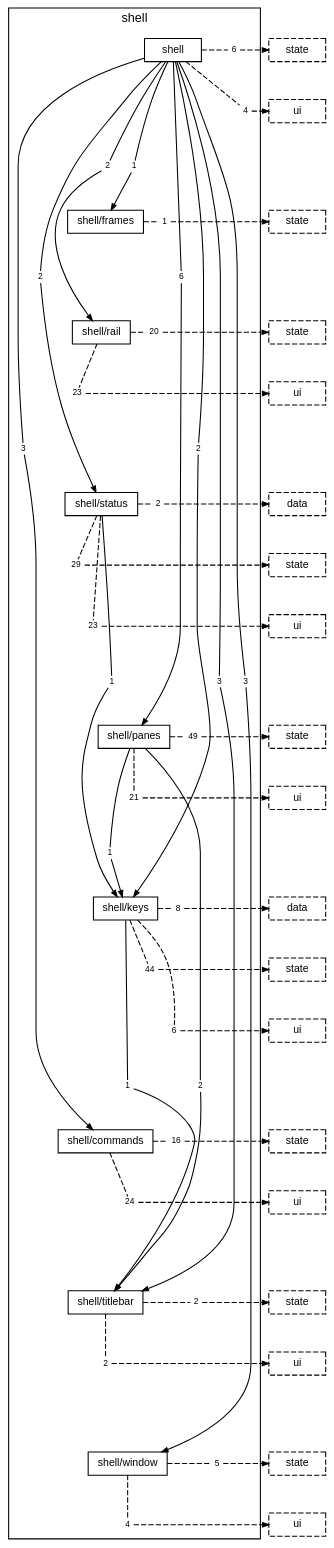
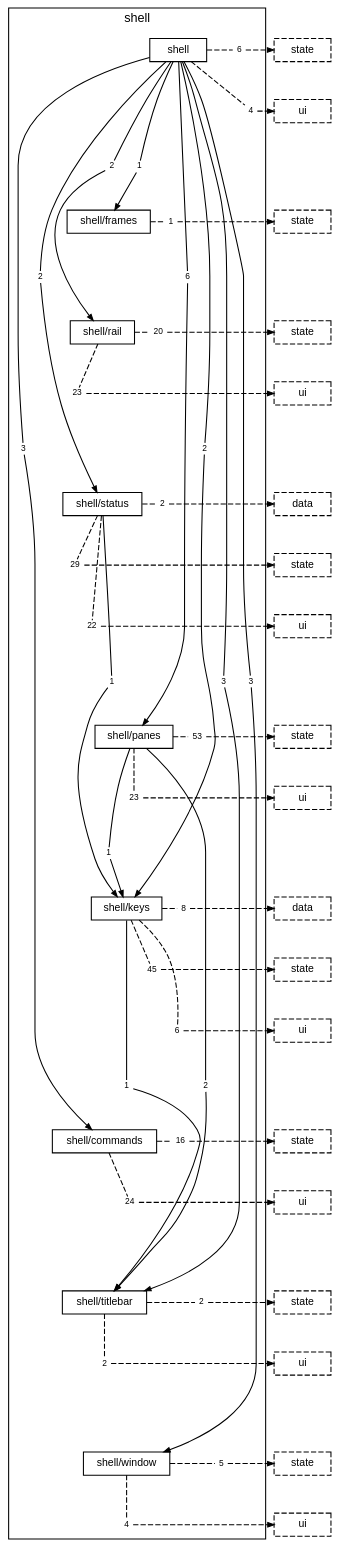
Before and after one commit to TheAxeC/oculus: the diagram in docs/diagrams/layer-shell.dot, drawn with Graphviz. The commit also changed 642 other files, not shown here.

```diff
--- a/docs/diagrams/layer-shell.dot
+++ b/docs/diagrams/layer-shell.dot
@@ -1,7 +1,7 @@
 digraph layer_shell {
-    graph [bgcolor="transparent", rankdir=TB, newrank=true, mclimit=4, fontname="Helvetica,Arial,sans-serif", fontsize=12, nodesep=0.2, ranksep=0.5];
-    node [shape=box, color="black", fontcolor="black", fontname="Helvetica,Arial,sans-serif", fontsize=10, height=0.3, margin="0.12,0.04"];
-    edge [color="black", fontcolor="black", fontname="Helvetica,Arial,sans-serif", fontsize=8, arrowsize=0.6];
+    graph [bgcolor="transparent", rankdir=TB, newrank=true, mclimit=4, fontname="Helvetica", fontsize=12, nodesep=0.2, ranksep=0.5];
+    node [shape=box, color="black", fontcolor="black", fontname="Helvetica", fontsize=10, height=0.3, margin="0.12,0.04"];
+    edge [color="black", fontcolor="black", fontname="Helvetica", fontsize=8, arrowsize=0.6];
     subgraph "cluster_shell" {
         label="shell"; style=solid;
         "folder shell" [label="shell"];
@@ -29,14 +29,14 @@
         "folder shell/status to folder shell/keys" [label="1", shape=box, color="transparent", fontsize=8, width=0, height=0, margin="0.04,0.02"];
         "folder shell/status to layer data" [label="2", shape=box, color="transparent", fontsize=8, width=0, height=0, margin="0.04,0.02"];
         "folder shell/status to layer state" [label="29", shape=box, color="transparent", fontsize=8, width=0, height=0, margin="0.04,0.02"];
-        "folder shell/status to layer ui" [label="23", shape=box, color="transparent", fontsize=8, width=0, height=0, margin="0.04,0.02"];
+        "folder shell/status to layer ui" [label="22", shape=box, color="transparent", fontsize=8, width=0, height=0, margin="0.04,0.02"];
         "folder shell/panes to folder shell/keys" [label="1", shape=box, color="transparent", fontsize=8, width=0, height=0, margin="0.04,0.02"];
         "folder shell/panes to folder shell/titlebar" [label="2", shape=box, color="transparent", fontsize=8, width=0, height=0, margin="0.04,0.02"];
-        "folder shell/panes to layer state" [label="49", shape=box, color="transparent", fontsize=8, width=0, height=0, margin="0.04,0.02"];
-        "folder shell/panes to layer ui" [label="21", shape=box, color="transparent", fontsize=8, width=0, height=0, margin="0.04,0.02"];
+        "folder shell/panes to layer state" [label="53", shape=box, color="transparent", fontsize=8, width=0, height=0, margin="0.04,0.02"];
+        "folder shell/panes to layer ui" [label="23", shape=box, color="transparent", fontsize=8, width=0, height=0, margin="0.04,0.02"];
         "folder shell/keys to folder shell/titlebar" [label="1", shape=box, color="transparent", fontsize=8, width=0, height=0, margin="0.04,0.02"];
         "folder shell/keys to layer data" [label="8", shape=box, color="transparent", fontsize=8, width=0, height=0, margin="0.04,0.02"];
-        "folder shell/keys to layer state" [label="44", shape=box, color="transparent", fontsize=8, width=0, height=0, margin="0.04,0.02"];
+        "folder shell/keys to layer state" [label="45", shape=box, color="transparent", fontsize=8, width=0, height=0, margin="0.04,0.02"];
         "folder shell/keys to layer ui" [label="6", shape=box, color="transparent", fontsize=8, width=0, height=0, margin="0.04,0.02"];
         "folder shell/commands to layer state" [label="16", shape=box, color="transparent", fontsize=8, width=0, height=0, margin="0.04,0.02"];
         "folder shell/commands to layer ui" [label="24", shape=box, color="transparent", fontsize=8, width=0, height=0, margin="0.04,0.02"];
```
